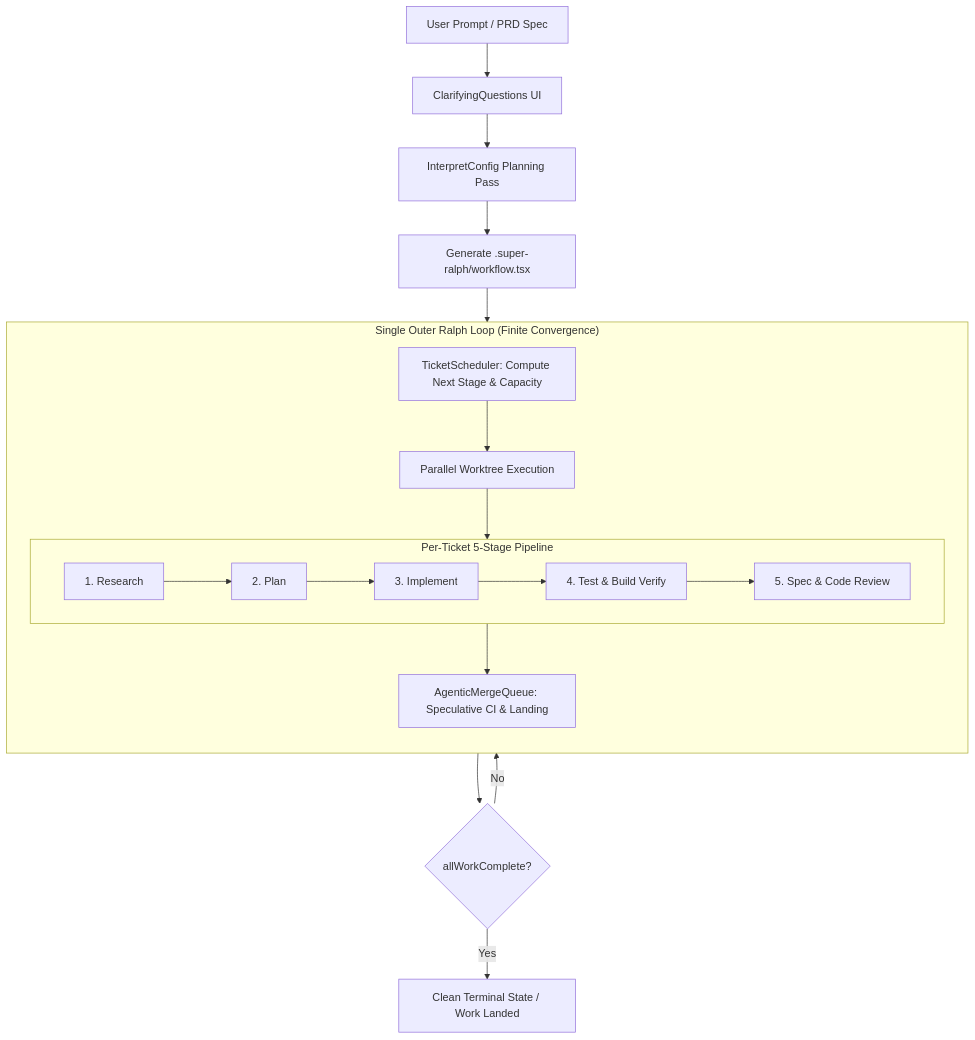
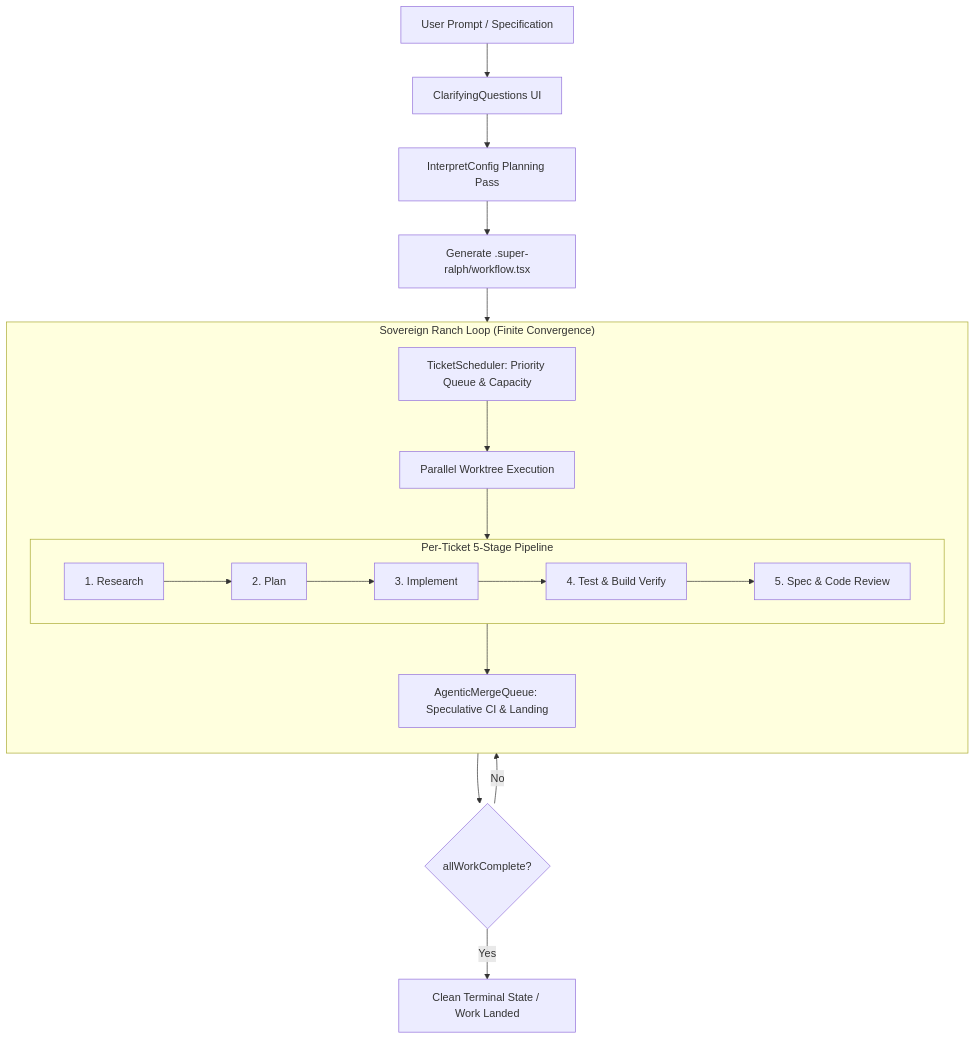
The diagram in README.md (toxicwind/super-ralph), drawn with Mermaid before and after one commit. The commit also changed other lines of this file and 2 other files, not shown here.

Commit message:
feat(rebrand): evolve super-ralph into Sovereign Ranch (@sovereign/ranch) with ranch/ralph dual CLI

````diff
--- a/README.md
+++ b/README.md
@@ -15,26 +16,26 @@
 ```mermaid
 flowchart TD
-    Prompt[User Prompt / PRD Spec] --> Clarify[ClarifyingQuestions UI]
+    Prompt[User Prompt / Specification] --> Clarify[ClarifyingQuestions UI]
     Clarify --> PlanPass[InterpretConfig Planning Pass]
     PlanPass --> Gen[Generate .super-ralph/workflow.tsx]
     
-    subgraph RalphLoop["Single Outer Ralph Loop (Finite Convergence)"]
+    subgraph RanchLoop["Sovereign Ranch Loop (Finite Convergence)"]
         direction TB
-        Sched[TicketScheduler: Compute Next Stage & Capacity] --> Exec[Parallel Worktree Execution]
+        Sched[TicketScheduler: Priority Queue & Capacity] --> Exec[Parallel Worktree Execution]
         
         subgraph StagePipeline["Per-Ticket 5-Stage Pipeline"]
             Research[1. Research] --> Plan[2. Plan]
             Plan --> Implement[3. Implement]
             Implement --> Test[4. Test & Build Verify]
             Test --> Review[5. Spec & Code Review]
         end
         
         Exec --> StagePipeline
         StagePipeline --> MergeQ[AgenticMergeQueue: Speculative CI & Landing]
     end
     
-    Gen --> RalphLoop
+    Gen --> RanchLoop
     MergeQ --> Done{allWorkComplete?}
     Done -- No --> Sched
     Done -- Yes --> Settled[Clean Terminal State / Work Landed]
 ```
````
